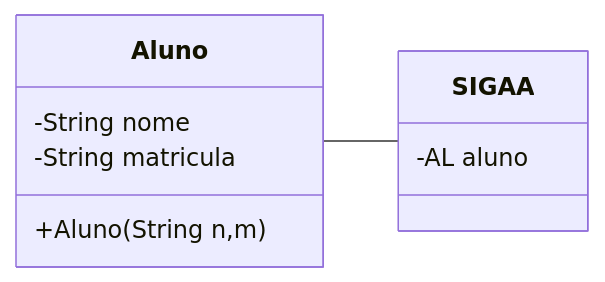
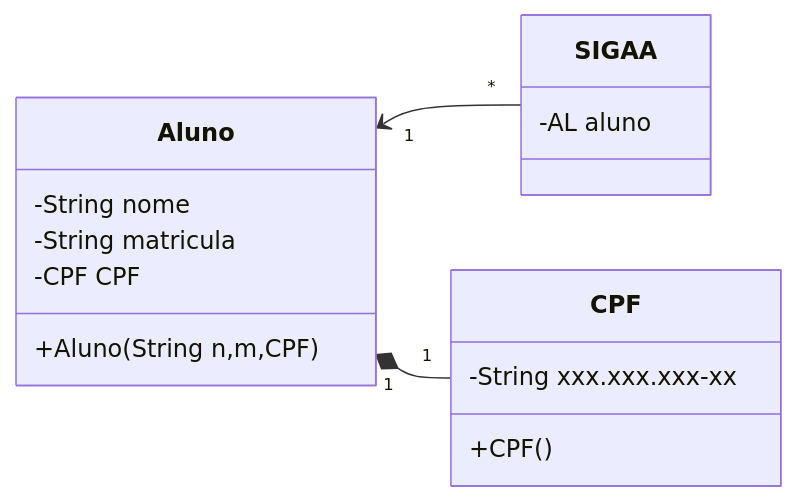
The diagram in aula16/Readme.md (apvillela/poo), drawn with Mermaid before and after one commit. The commit also changed other lines of this file and 13 other files, not shown here.

Commit message:
adicionando agenda telefonica uml

````diff
--- a/aula16/Readme.md
+++ b/aula16/Readme.md
@@ -3,17 +3,26 @@
 ```mermaid  
 
 classDiagram
 direction LR
 class Aluno{
     -String nome
     -String matricula
-    +Aluno(String n,m)
+    -CPF CPF
+    +Aluno(String n,m,CPF)
 }
 
 class SIGAA{
     -AL<Aluno> aluno
 
 }
+class CPF{
+    -String xxx.xxx.xxx-xx
+    +CPF()
 
-Aluno -- SIGAA
+}
+
+Aluno "1"<-- "*" SIGAA
+Aluno "1"*-- "1" CPF
+
+
 ```
````
